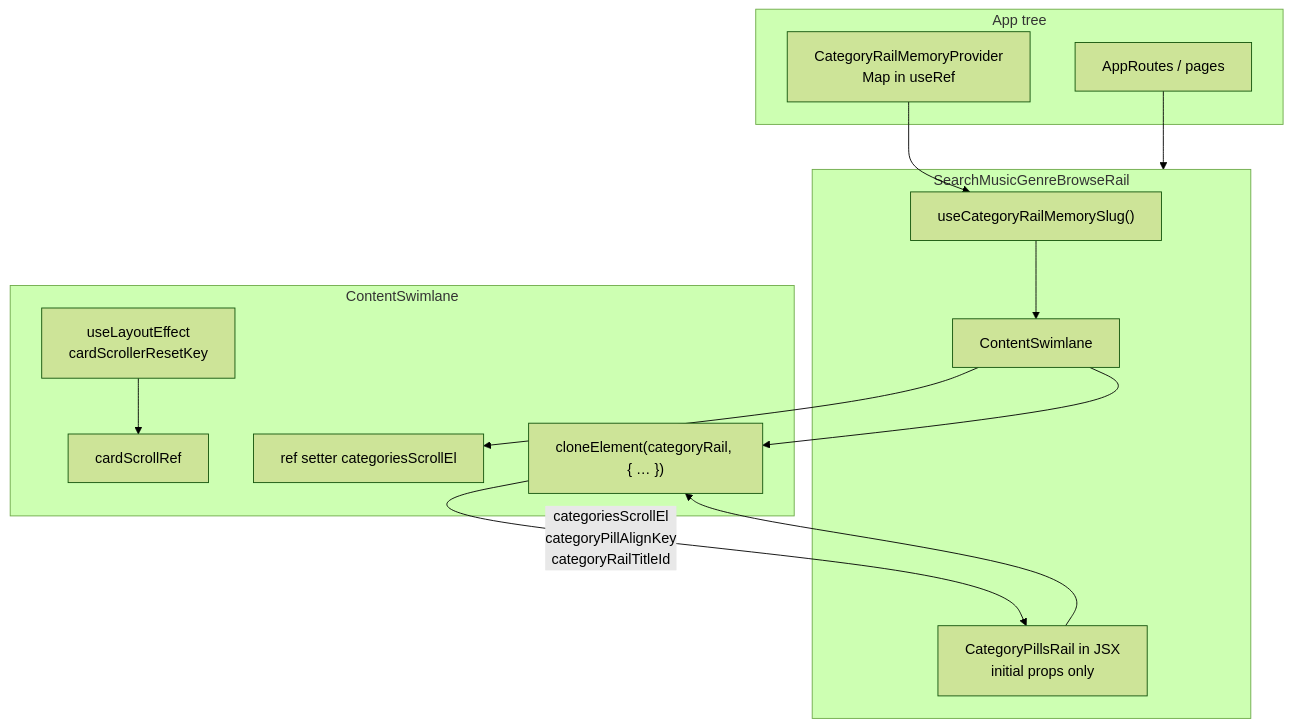
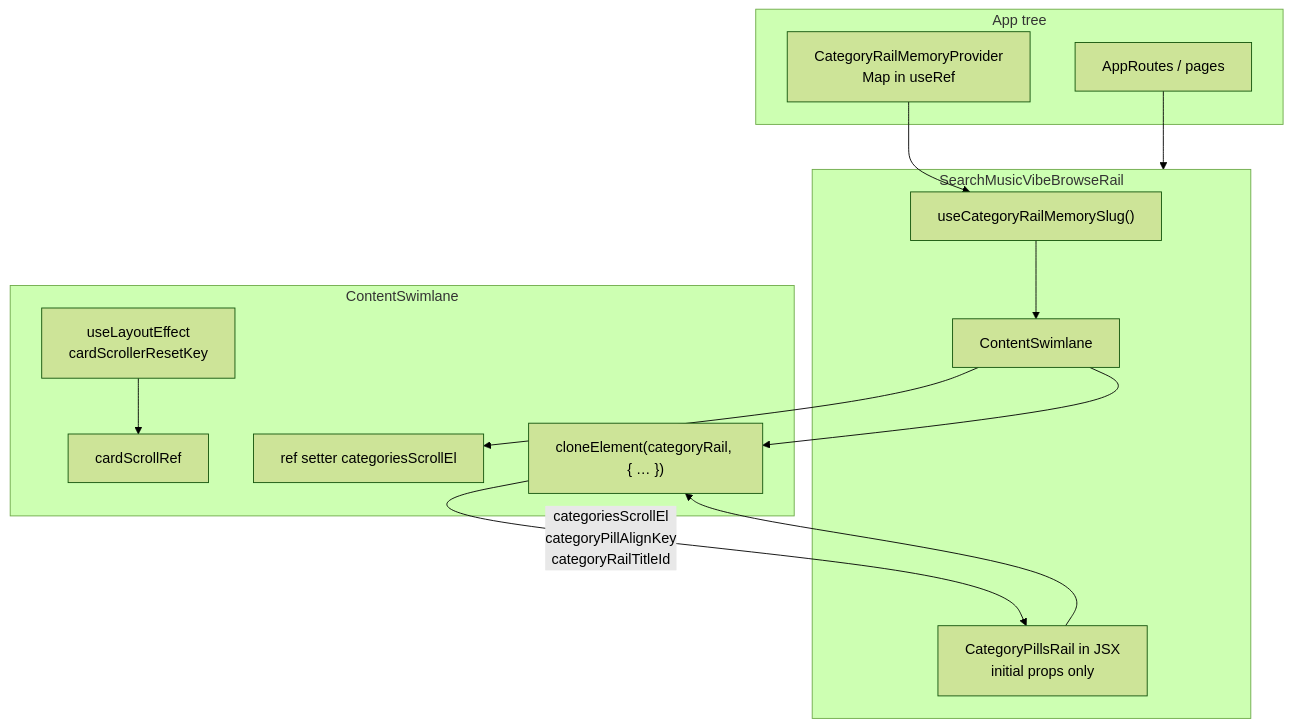
Before and after one commit to rvd2pwipwip/sm-mpr-mobile-prototype: the first of 2 diagrams in docs/Tutorials/ContentSwimlane-category-rail-tutorial.md, drawn with Mermaid (forest theme). The commit also changed other lines of this file and 4 other files, not shown here.

First line of the commit message:
feat(search): broad music vibes use category-rail swimlanes

````diff
--- a/docs/Tutorials/ContentSwimlane-category-rail-tutorial.md
+++ b/docs/Tutorials/ContentSwimlane-category-rail-tutorial.md
@@ -56,29 +56,29 @@
 ```mermaid
 flowchart TB
   subgraph ProviderTree["App tree"]
     CRM["CategoryRailMemoryProvider<br/>Map in useRef"]
     Routes["AppRoutes / pages"]
   end
 
-  subgraph BrowseScreen["SearchMusicGenreBrowseRail"]
+  subgraph BrowseScreen["SearchMusicVibeBrowseRail"]
     MemHook["useCategoryRailMemorySlug()"]
     Lane["ContentSwimlane"]
     Pills["CategoryPillsRail in JSX<br/>initial props only"]
   end
 
   subgraph Swimlane["ContentSwimlane"]
     CatRef["ref setter categoriesScrollEl"]
     Clone["cloneElement(categoryRail, { … })"]
     CardRef["cardScrollRef"]
     ResetFx["useLayoutEffect<br/>cardScrollerResetKey"]
   end
 
   CRM --> MemHook
   Routes --> BrowseScreen
   MemHook --> Lane
   Pills --> Clone
   Lane --> CatRef
   Lane --> Clone
   Clone -->|"categoriesScrollEl<br/>categoryPillAlignKey<br/>categoryRailTitleId"| Pills
   ResetFx --> CardRef
 ```
````
